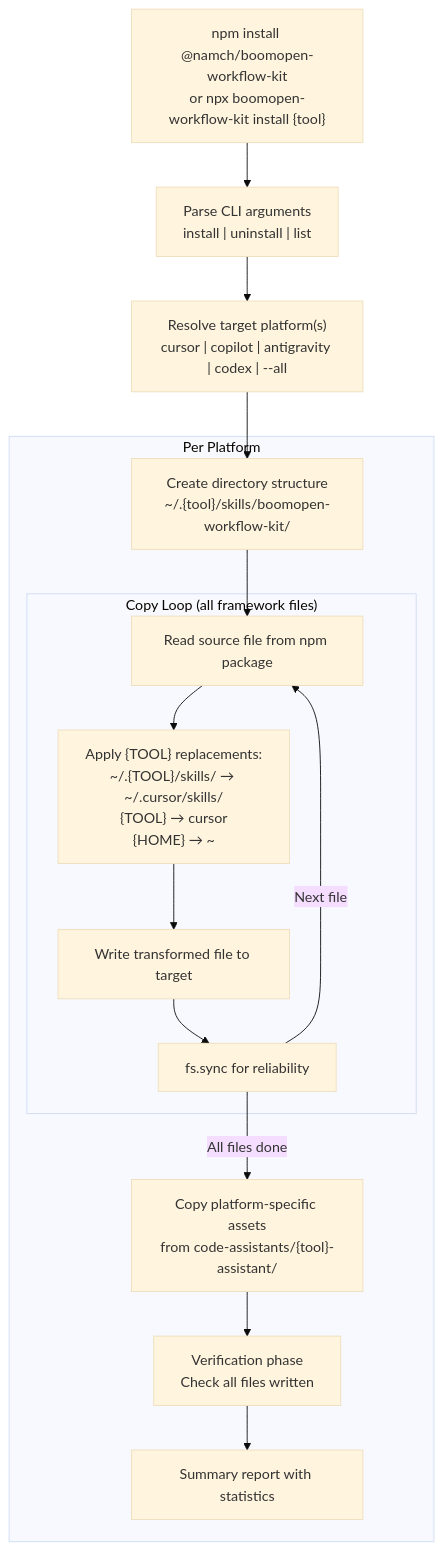
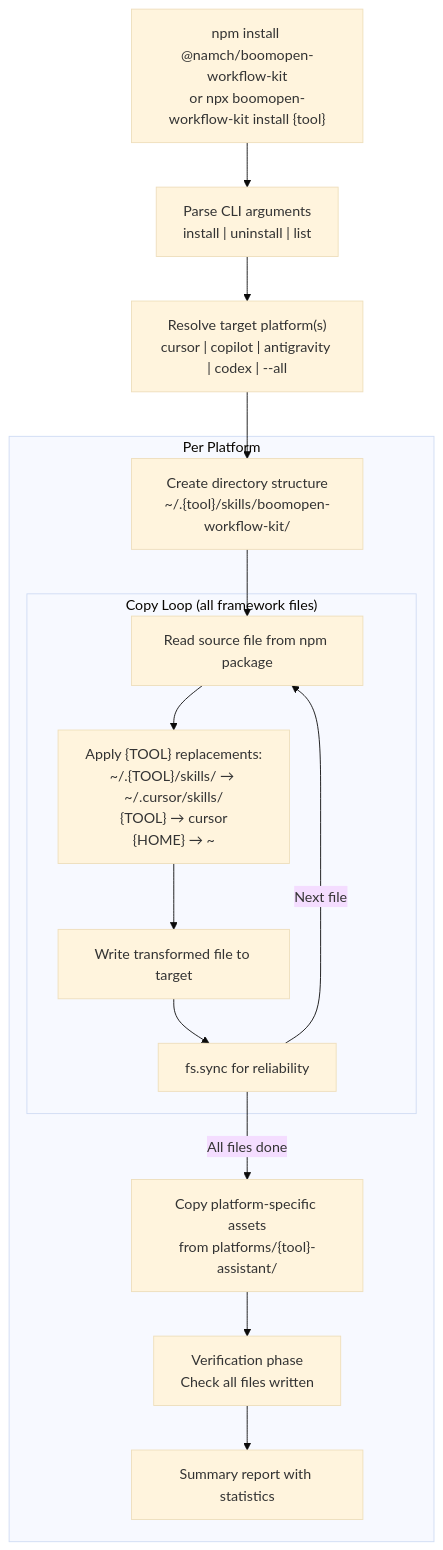
One commit to Kennyboom/BoomOpen-Workflow-Kit changed the second of 6 diagrams in documents/knowledge-architecture/03-data-flow.md. Above: the diagram before and after it, drawn with Mermaid (base theme). The commit also changed other lines of this file and 352 other files, not shown here.

Commit message:
feat(v5.5.0): Multi-Platform Unified Edition (platforms/*), Full 5-Platform Smart-Hybrid Parity & Complete Legacy Name Cleanup

````diff
--- a/documents/knowledge-architecture/03-data-flow.md
+++ b/documents/knowledge-architecture/03-data-flow.md
@@ -91,29 +91,29 @@
 ```mermaid
 flowchart TD
     START["npm install @namch/boomopen-workflow-kit<br/>or npx boomopen-workflow-kit install {tool}"]
     
     PARSE["Parse CLI arguments<br/>install | uninstall | list"]
     RESOLVE["Resolve target platform(s)<br/>cursor | copilot | antigravity | codex | --all"]
     
     subgraph "Per Platform"
         DIRS["Create directory structure<br/>~/.{tool}/skills/boomopen-workflow-kit/"]
         
         subgraph "Copy Loop (all framework files)"
             READ["Read source file from npm package"]
             REPLACE["Apply {TOOL} replacements:<br/>~/.{TOOL}/skills/ → ~/.cursor/skills/<br/>{TOOL} → cursor<br/>{HOME} → ~"]
             WRITE["Write transformed file to target"]
             SYNC["fs.sync for reliability"]
         end
         
-        ASSETS["Copy platform-specific assets<br/>from code-assistants/{tool}-assistant/"]
+        ASSETS["Copy platform-specific assets<br/>from platforms/{tool}-assistant/"]
         VERIFY["Verification phase<br/>Check all files written"]
         REPORT["Summary report with statistics"]
     end
 
     START --> PARSE --> RESOLVE
     RESOLVE --> DIRS
     DIRS --> READ --> REPLACE --> WRITE --> SYNC
     SYNC -->|"Next file"| READ
     SYNC -->|"All files done"| ASSETS
     ASSETS --> VERIFY --> REPORT
 ```
````
